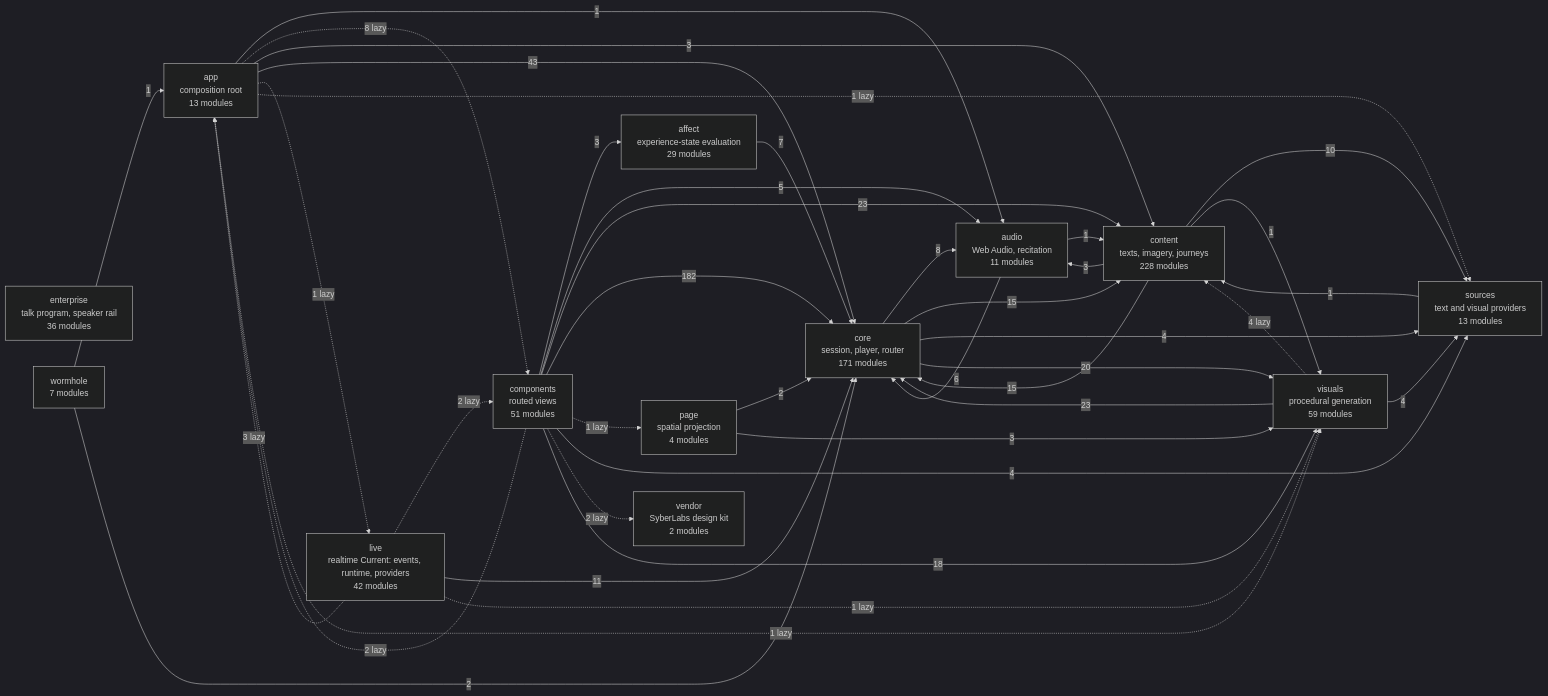
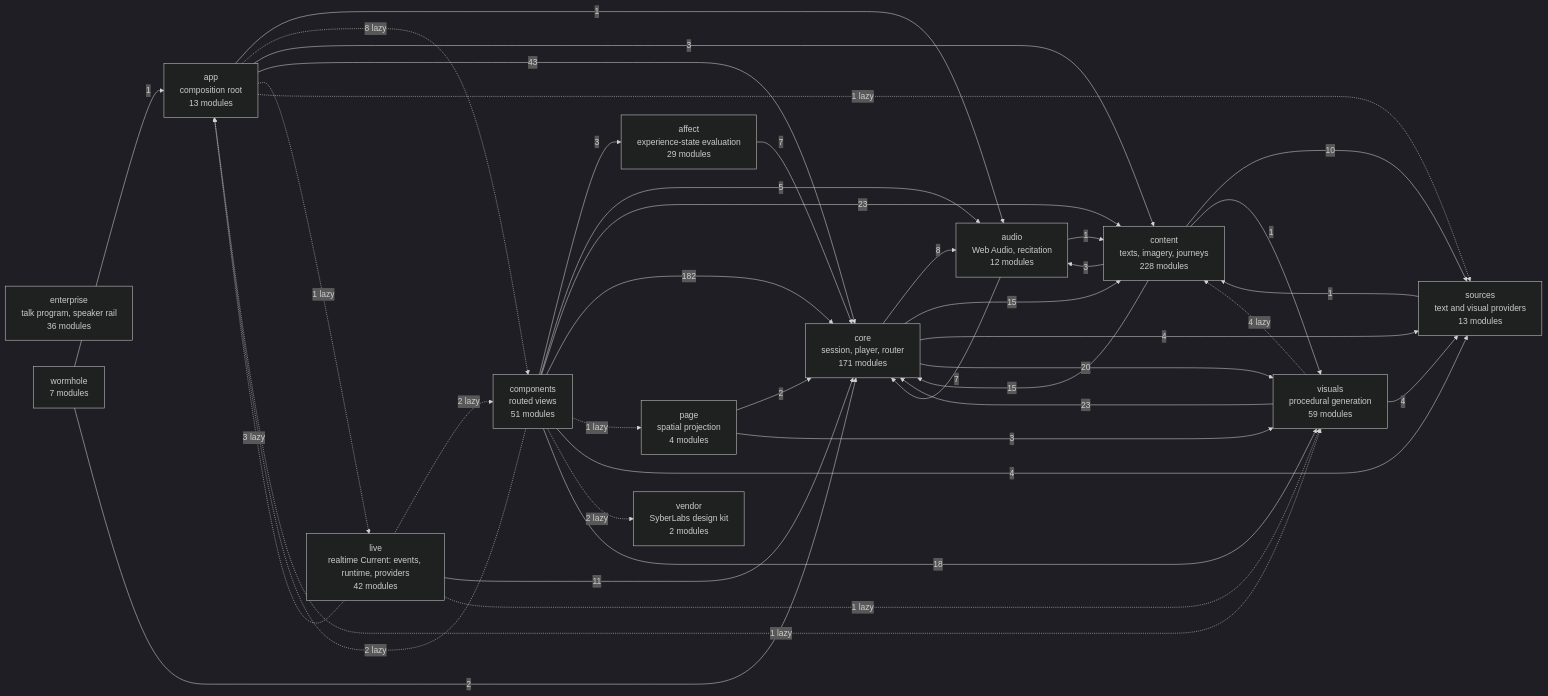
The diagram in docs/specs/ARCHITECTURE.md (SyberLabs/RISE), drawn with Mermaid (dark theme) before and after one commit.

Commit message:
Regenerate the architecture diagram for the sound list

````diff
--- a/docs/specs/ARCHITECTURE.md
+++ b/docs/specs/ARCHITECTURE.md
@@ -154,56 +154,56 @@
 ```mermaid
 flowchart LR
     affect["affect<br/>experience-state evaluation<br/>29 modules"]
     app["app<br/>composition root<br/>13 modules"]
-    audio["audio<br/>Web Audio, recitation<br/>11 modules"]
+    audio["audio<br/>Web Audio, recitation<br/>12 modules"]
     components["components<br/>routed views<br/>51 modules"]
     content["content<br/>texts, imagery, journeys<br/>228 modules"]
     core["core<br/>session, player, router<br/>171 modules"]
     enterprise["enterprise<br/>talk program, speaker rail<br/>36 modules"]
     live["live<br/>realtime Current: events, runtime, providers<br/>42 modules"]
     page["page<br/>spatial projection<br/>4 modules"]
     sources["sources<br/>text and visual providers<br/>13 modules"]
     vendor["vendor<br/>SyberLabs design kit<br/>2 modules"]
     visuals["visuals<br/>procedural generation<br/>59 modules"]
     wormhole["wormhole<br/>7 modules"]
 
     affect --> |7| core
     app --> |1| audio
     app -.-> |8 lazy| components
     app --> |3| content
     app --> |43| core
     app -.-> |1 lazy| live
     app -.-> |1 lazy| sources
     app -.-> |1 lazy| visuals
     audio --> |1| content
-    audio --> |6| core
+    audio --> |7| core
     components --> |3| affect
     components -.-> |2 lazy| app
     components --> |5| audio
     components --> |23| content
     components --> |182| core
     components -.-> |1 lazy| page
     components --> |4| sources
     components -.-> |2 lazy| vendor
     components --> |18| visuals
     content --> |3| audio
     content --> |15| core
     content --> |10| sources
     content --> |1| visuals
     core --> |8| audio
     core --> |15| content
     core --> |4| sources
     core --> |20| visuals
     live -.-> |3 lazy| app
     live -.-> |2 lazy| components
     live --> |11| core
     live -.-> |1 lazy| visuals
     page --> |2| core
     page --> |3| visuals
     sources --> |1| content
     visuals -.-> |4 lazy| content
     visuals --> |23| core
     visuals --> |4| sources
     wormhole --> |1| app
     wormhole --> |2| core
 ```
````
